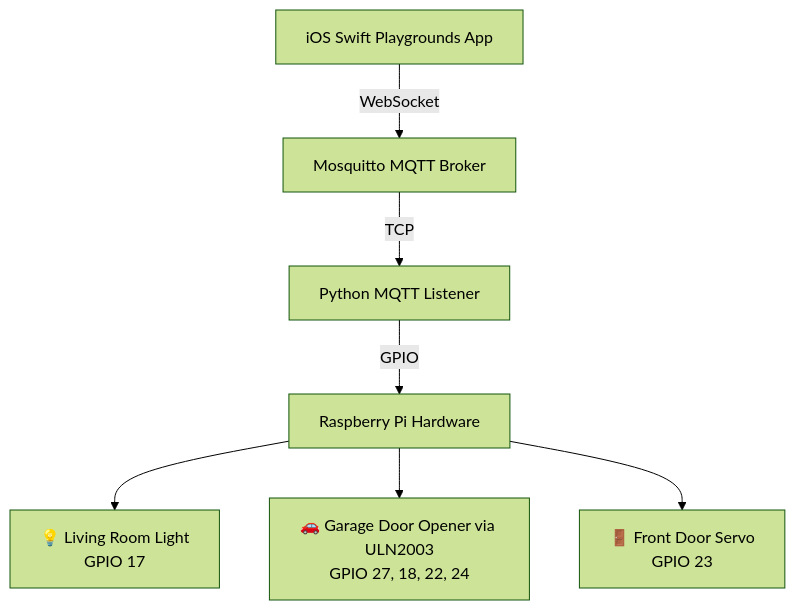
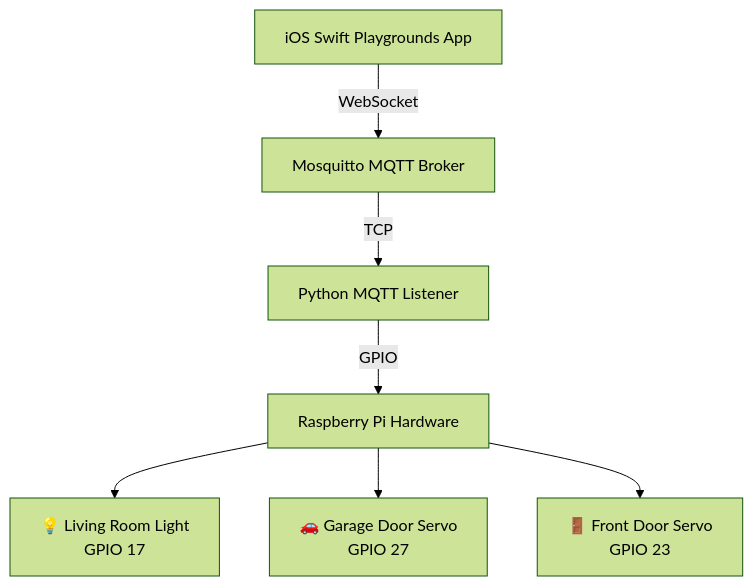
The diagram in README.md (roanvtkc/simpsons-house), drawn with Mermaid (forest theme) before and after one commit. The commit also changed other lines of this file and 2 other files, not shown here.

First line of the commit message:
docs: replace stepper motor references with servo throughout

````diff
--- a/README.md
+++ b/README.md
@@ -31,10 +31,10 @@
 ```mermaid
 graph TD
     A[iOS Swift Playgrounds App] -->|WebSocket| B[Mosquitto MQTT Broker]
     B -->|TCP| C[Python MQTT Listener]
     C -->|GPIO| D[Raspberry Pi Hardware]
     
     D --> E[💡 Living Room Light<br/>GPIO 17]
-    D --> F[🚗 Garage Door Opener via ULN2003<br/>GPIO 27, 18, 22, 24]
+    D --> F[🚗 Garage Door Servo<br/>GPIO 27]
     D --> G[🚪 Front Door Servo<br/>GPIO 23]
 ```
````
